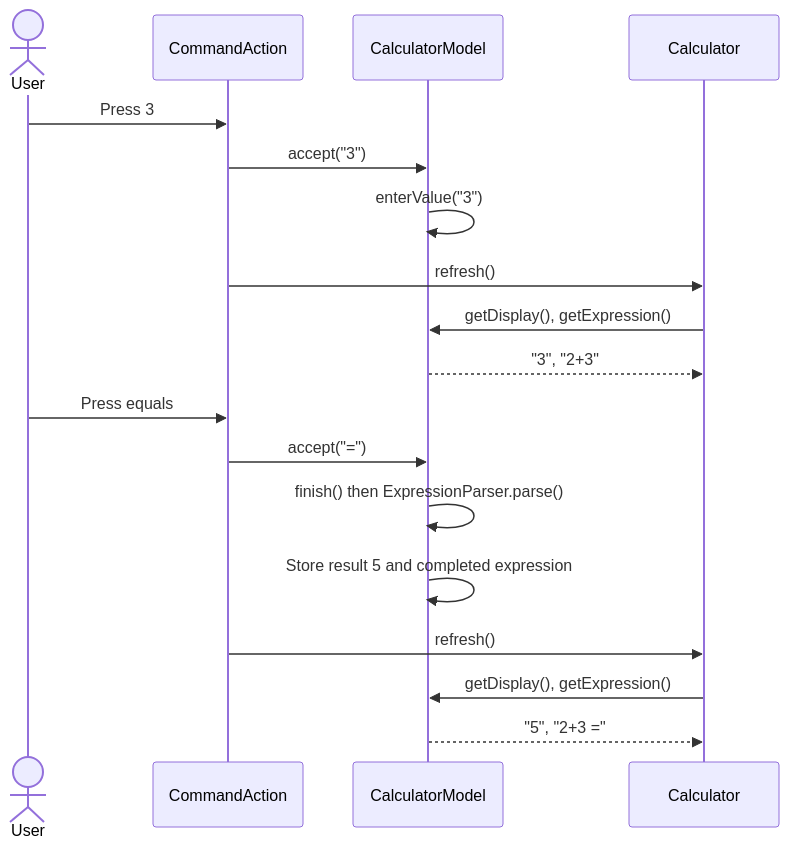
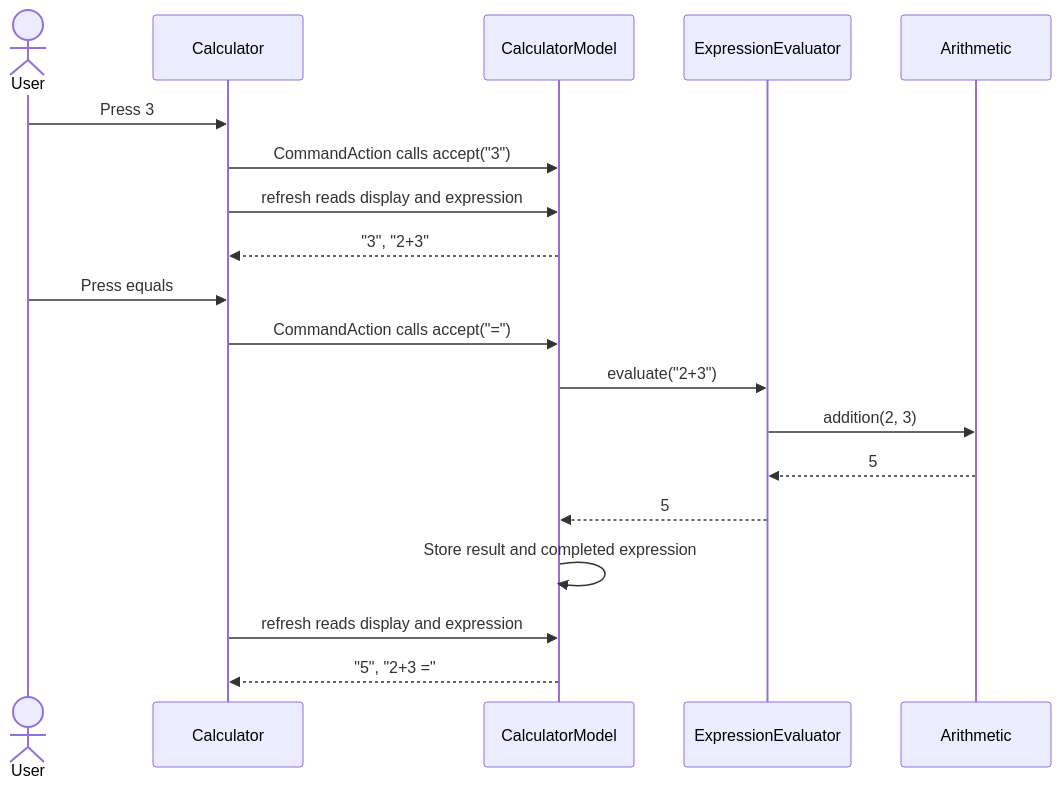
Before and after one commit to danielTongu/Calculator-Java-App: the third of 3 diagrams in README.md, drawn with Mermaid. The commit also changed other lines of this file and 6 other files, not shown here.

Commit message:
Corrected the spelling, removed duplicated styling and expression state, fixed stale values after backspace, and updated the README/UML.

````diff
--- a/README.md
+++ b/README.md
@@ -155,20 +175,21 @@
 ```mermaid
 sequenceDiagram
     actor User
-    participant Action as CommandAction
+    participant View as Calculator
     participant Model as CalculatorModel
-    participant View as Calculator
-    User->>Action: Press 3
-    Action->>Model: accept("3")
-    Model->>Model: enterValue("3")
-    Action->>View: refresh()
-    View->>Model: getDisplay(), getExpression()
+    participant Evaluator as ExpressionEvaluator
+    participant Arithmetic
+    User->>View: Press 3
+    View->>Model: CommandAction calls accept("3")
+    View->>Model: refresh reads display and expression
     Model-->>View: "3", "2+3"
-    User->>Action: Press equals
-    Action->>Model: accept("=")
-    Model->>Model: finish() then ExpressionParser.parse()
-    Model->>Model: Store result 5 and completed expression
-    Action->>View: refresh()
-    View->>Model: getDisplay(), getExpression()
+    User->>View: Press equals
+    View->>Model: CommandAction calls accept("=")
+    Model->>Evaluator: evaluate("2+3")
+    Evaluator->>Arithmetic: addition(2, 3)
+    Arithmetic-->>Evaluator: 5
+    Evaluator-->>Model: 5
+    Model->>Model: Store result and completed expression
+    View->>Model: refresh reads display and expression
     Model-->>View: "5", "2+3 ="
 ```
````
